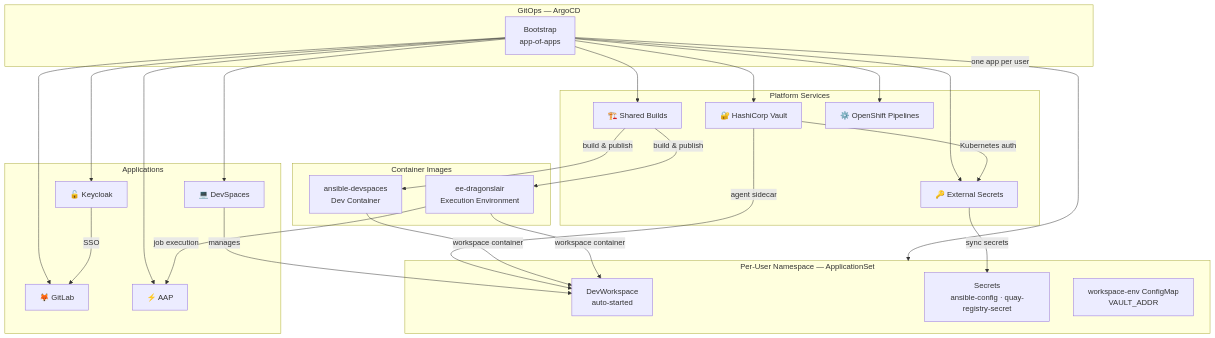
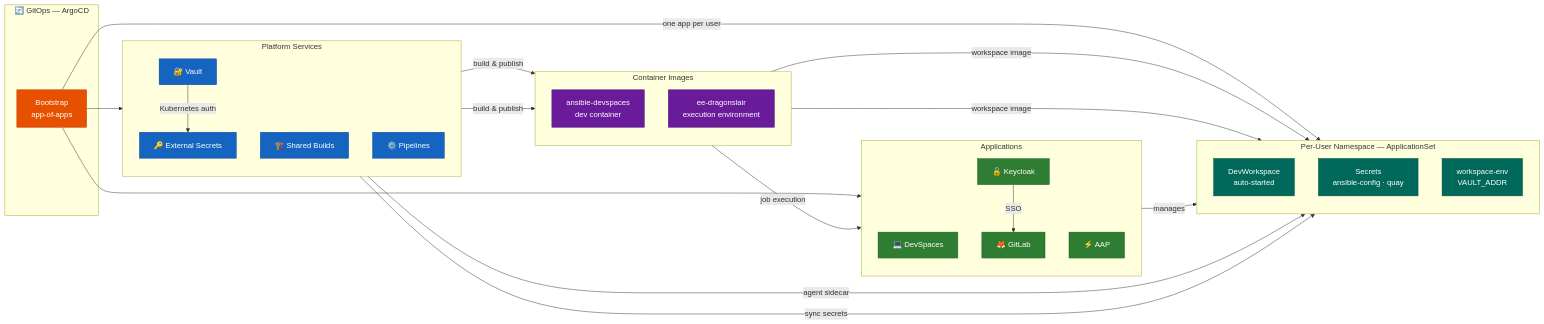
Before and after one commit to hfenner/ansibleforge: the diagram in docs/index.md, drawn with Mermaid.

Commit message:
Improve architecture diagram readability
- Switch from TB to LR layout for natural left-to-right flow
- Use direction TB inside subgraphs to keep nodes vertically stacked
- Collapse 8 bootstrap→component arrows into 3 subgraph-level connections
- Add color coding to distinguish GitOps, Platform, Apps, Images, and per-user groups

````diff
--- a/docs/index.md
+++ b/docs/index.md
@@ -27,54 +27,64 @@
 ```mermaid
-flowchart TB
-    subgraph gitops["GitOps — ArgoCD"]
+flowchart LR
+    subgraph gitops["🔄 GitOps — ArgoCD"]
         bootstrap["Bootstrap\napp-of-apps"]
     end
 
     subgraph platform["Platform Services"]
-        vault["🔐 HashiCorp Vault"]
+        direction TB
+        vault["🔐 Vault"]
         eso["🔑 External Secrets"]
         builds["🏗️ Shared Builds"]
-        pipelines["⚙️ OpenShift Pipelines"]
+        pipelines["⚙️ Pipelines"]
     end
 
     subgraph apps["Applications"]
+        direction TB
         devspaces["💻 DevSpaces"]
+        keycloak["🔓 Keycloak"]
         gitlab["🦊 GitLab"]
-        keycloak["🔓 Keycloak"]
         aap["⚡ AAP"]
     end
 
     subgraph images["Container Images"]
-        devimg["ansible-devspaces\nDev Container"]
-        eeimg["ee-dragonslair\nExecution Environment"]
+        direction TB
+        devimg["ansible-devspaces\ndev container"]
+        eeimg["ee-dragonslair\nexecution environment"]
     end
 
     subgraph peruser["Per-User Namespace — ApplicationSet"]
+        direction TB
         workspace["DevWorkspace\nauto-started"]
-        secrets["Secrets\nansible-config · quay-registry-secret"]
-        configmap["workspace-env ConfigMap\nVAULT_ADDR"]
+        secrets["Secrets\nansible-config · quay"]
+        configmap["workspace-env\nVAULT_ADDR"]
     end
 
-    bootstrap --> vault
-    bootstrap --> eso
-    bootstrap --> builds
-    bootstrap --> pipelines
-    bootstrap --> devspaces
-    bootstrap --> gitlab
-    bootstrap --> keycloak
-    bootstrap --> aap
+    bootstrap --> platform
+    bootstrap --> apps
     bootstrap -->|"one app per user"| peruser
 
     vault -->|"Kubernetes auth"| eso
     vault -->|"agent sidecar"| workspace
     eso -->|"sync secrets"| secrets
 
     builds -->|"build & publish"| devimg
     builds -->|"build & publish"| eeimg
-    devimg -->|"workspace container"| workspace
-    eeimg -->|"workspace container"| workspace
+    devimg -->|"workspace image"| workspace
+    eeimg -->|"workspace image"| workspace
     eeimg -->|"job execution"| aap
 
     keycloak -->|"SSO"| gitlab
     devspaces -->|"manages"| workspace
+
+    classDef gitopsStyle fill:#e65100,color:#fff,stroke:#bf360c
+    classDef platformStyle fill:#1565c0,color:#fff,stroke:#0d47a1
+    classDef appsStyle fill:#2e7d32,color:#fff,stroke:#1b5e20
+    classDef imageStyle fill:#6a1b9a,color:#fff,stroke:#4a148c
+    classDef userStyle fill:#00695c,color:#fff,stroke:#004d40
+
+    class bootstrap gitopsStyle
+    class vault,eso,builds,pipelines platformStyle
+    class devspaces,gitlab,keycloak,aap appsStyle
+    class devimg,eeimg imageStyle
+    class workspace,secrets,configmap userStyle
 ```
````
